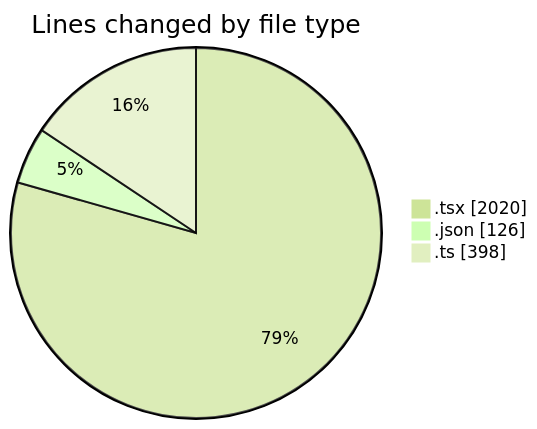
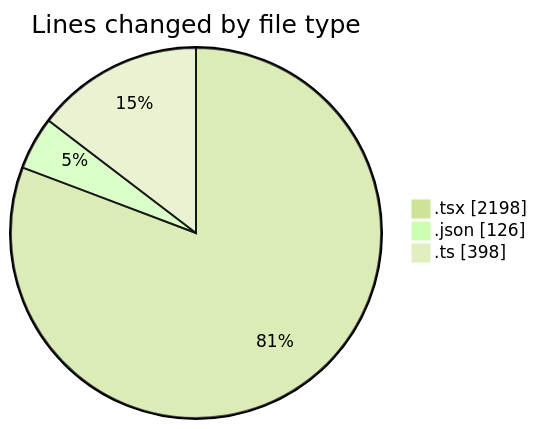
One commit to nxtqubesakshisongat/code-tracking changed the first of 2 diagrams in 2026-03-30/nxtqube_webapp/README.md. Above: the diagram before and after it, drawn with Mermaid (forest theme). The commit also changed other lines of this file and 1 other file, not shown here.

````diff
--- a/2026-03-30/nxtqube_webapp/README.md
+++ b/2026-03-30/nxtqube_webapp/README.md
@@ -25,7 +25,7 @@
 ```mermaid
 pie showData
 title Lines changed by file type
-".tsx" : 2020
+".tsx" : 2198
 ".json" : 126
 ".ts" : 398
 ```
````
